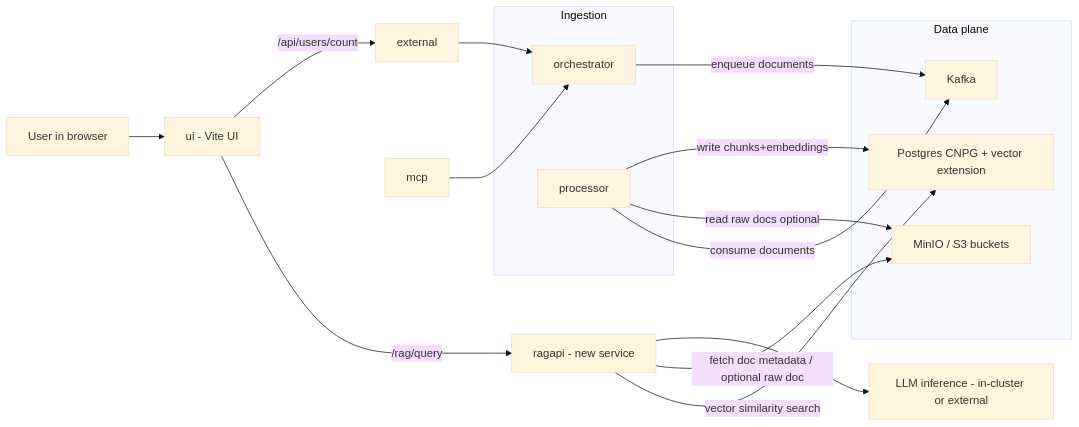
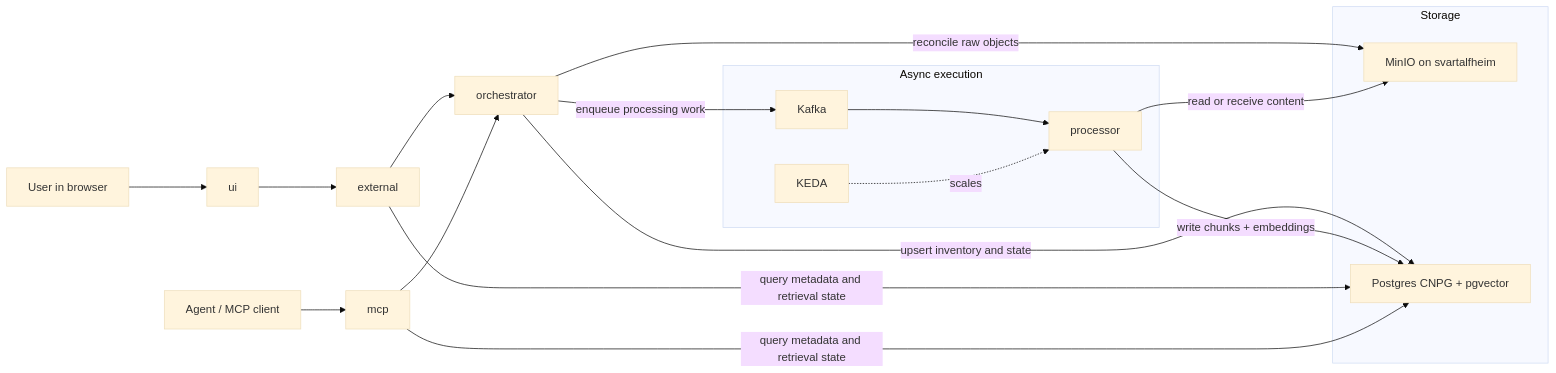
Before and after one commit to labiraus/homelab: the diagram in docs/RAG.md, drawn with Mermaid (base theme). The commit also changed other lines of this file and 13 other files, not shown here.

Commit message:
feat: refactor architecture for async document processing and ingestion; enhance schema and documentation

````diff
--- a/docs/RAG.md
+++ b/docs/RAG.md
@@ -3,28 +15,31 @@
 ```mermaid
 flowchart LR
-  U[User in browser] --> UI[ui - Vite UI];
-  UI -->|/rag/query| RAG[ragapi - new service];
-  UI -->|/api/users/count| EXT[external];
-  EXT --> ORCH[orchestrator];
-  MCP[mcp] --> ORCH;
+  U[User in browser] --> UI[ui]
+  UI --> EXT[external]
+  A[Agent / MCP client] --> MCP[mcp]
 
-  subgraph Data plane
-    MINIO[MinIO / S3 buckets];
-    PG[Postgres CNPG + vector extension];
-    KAFKA[Kafka];
+  EXT --> ORCH[orchestrator]
+  MCP --> ORCH
+
+  subgraph Storage
+    MINIO[MinIO on svartalfheim]
+    PG[Postgres CNPG + pgvector]
   end
 
-  subgraph Ingestion
-    ORCH
-    PROC[processor];
+  subgraph Async execution
+    KAFKA[Kafka]
+    PROC[processor]
+    KEDA[KEDA]
   end
 
-  ORCH -->|enqueue documents| KAFKA;
-  PROC -->|consume documents| KAFKA;
-  PROC -->|read raw docs optional| MINIO;
-  PROC -->|write chunks+embeddings| PG;
+  ORCH -->|reconcile raw objects| MINIO
+  ORCH -->|upsert inventory and state| PG
+  ORCH -->|enqueue processing work| KAFKA
+  KAFKA --> PROC
+  KEDA -. scales .-> PROC
+  PROC -->|read or receive content| MINIO
+  PROC -->|write chunks + embeddings| PG
 
-  RAG -->|vector similarity search| PG;
-  RAG -->|fetch doc metadata / optional raw doc| MINIO;
-  RAG --> LLM[LLM inference - in-cluster or external];
+  EXT -->|query metadata and retrieval state| PG
+  MCP -->|query metadata and retrieval state| PG
 ```
````
